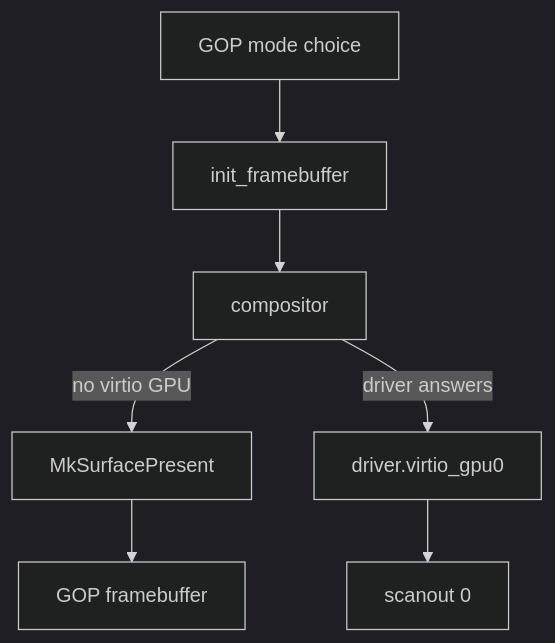
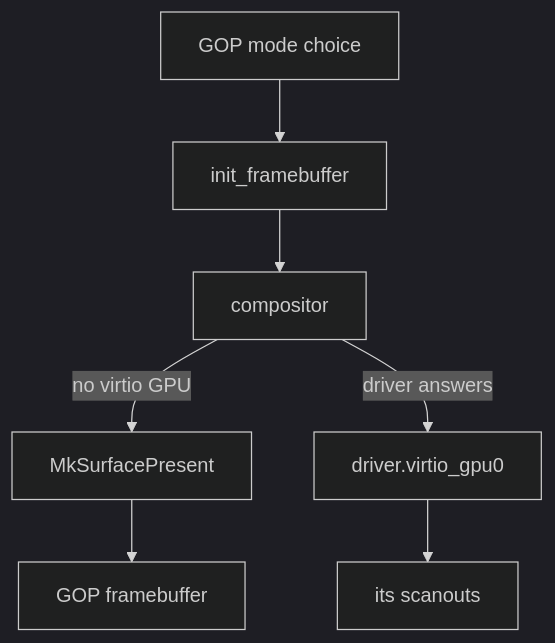
Before and after one commit to NON-OS/microkernel: the diagram in docs/drivers/display.md, drawn with Mermaid (dark theme). The commit also changed other lines of this file and 33 other files, not shown here.

````diff
--- a/docs/drivers/display.md
+++ b/docs/drivers/display.md
@@ -15,9 +15,9 @@
 ```mermaid
 flowchart TD
     L[GOP mode choice] --> K[init_framebuffer]
     K --> C[compositor]
     C -->|no virtio GPU| P[MkSurfacePresent]
     P --> F[GOP framebuffer]
     C -->|driver answers| G[driver.virtio_gpu0]
-    G --> S[scanout 0]
+    G --> S[its scanouts]
 ```
````
